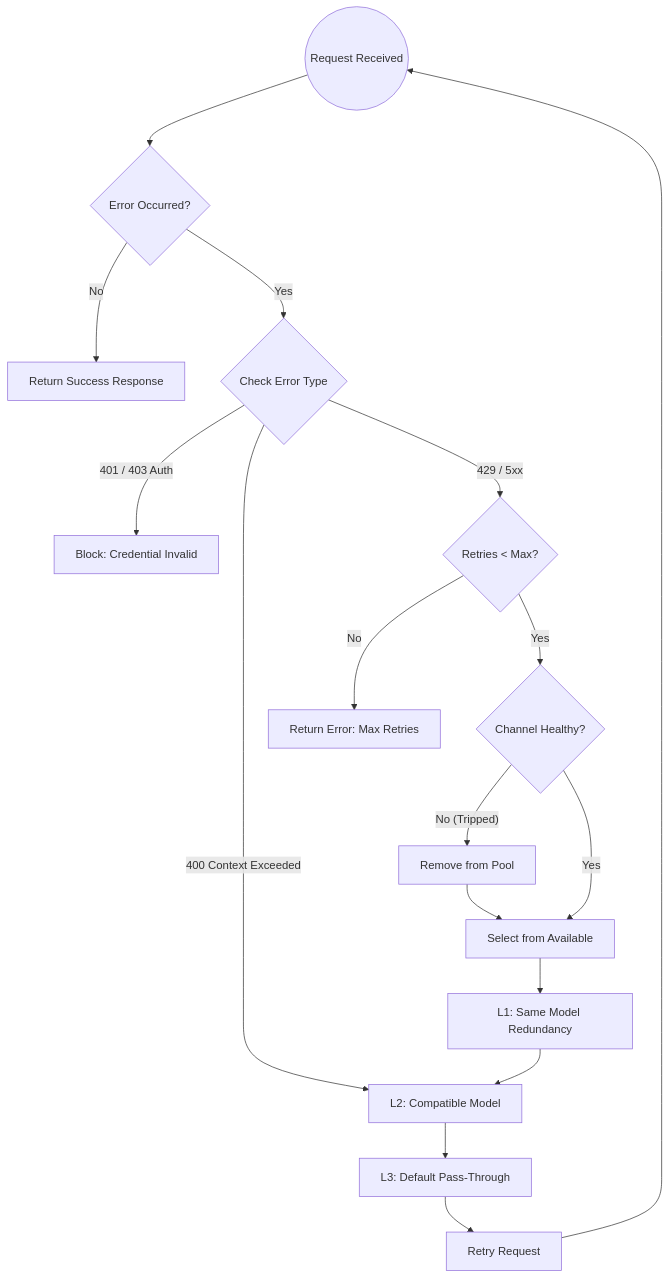
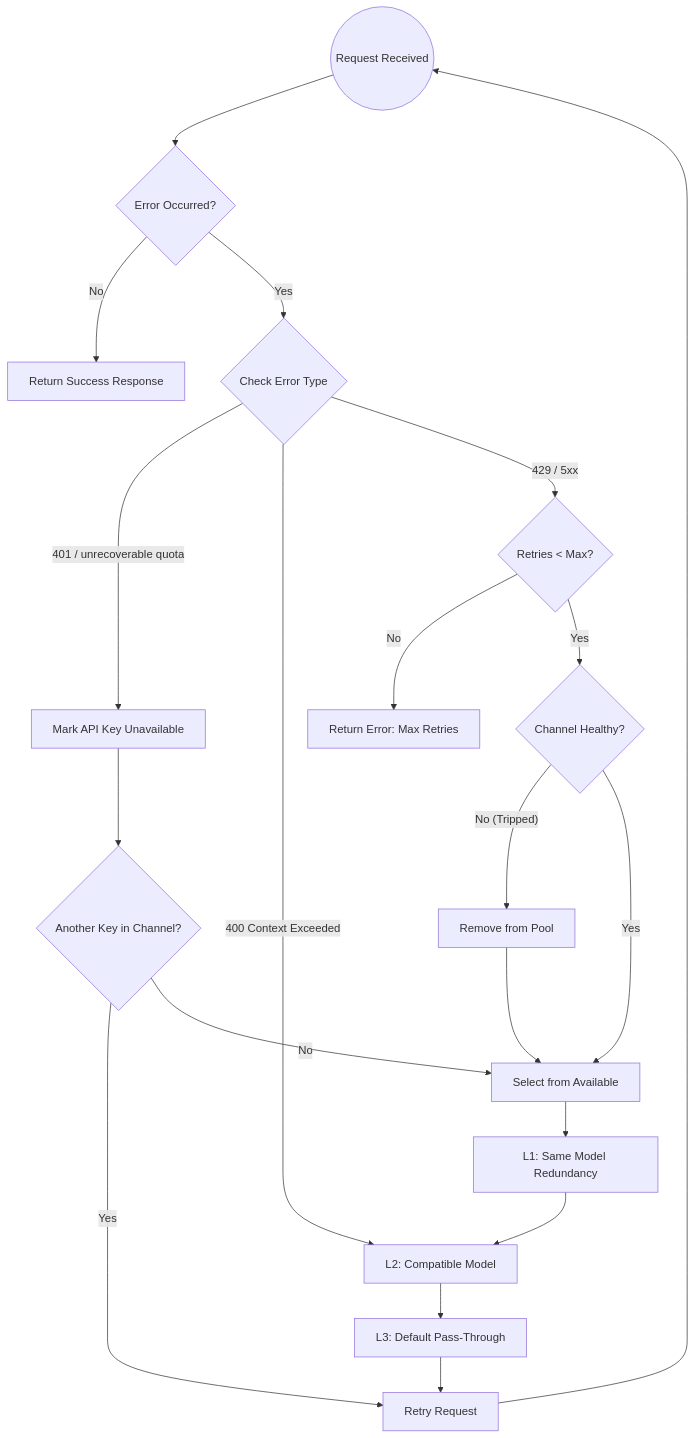
One commit to rickytan/SmartLLMRouter changed the eighth of 8 diagrams in README.md. Above: the diagram before and after it, drawn with Mermaid. The commit also changed other lines of this file and 1 other file, not shown here.

````diff
--- a/README.md
+++ b/README.md
@@ -325,27 +320,31 @@
 ```mermaid
 flowchart TD
     Start((Request Received)) --> Error{Error Occurred?}
     
     Error -- No --> Success[Return Success Response]
     Error -- Yes --> TypeCheck{Check Error Type}
     
-    TypeCheck -- "401 / 403 Auth" --> Block[Block: Credential Invalid]
+    TypeCheck -- "401 / unrecoverable quota" --> BadKey[Mark API Key Unavailable]
     TypeCheck -- "400 Context Exceeded" --> L2[L2: Compatible Model]
     TypeCheck -- "429 / 5xx" --> RetryCheck{Retries < Max?}
+
+    BadKey --> NextKey{Another Key in Channel?}
+    NextKey -- Yes --> Retry
+    NextKey -- No --> Pool
     
     RetryCheck -- No --> MaxRetries[Return Error: Max Retries]
     
     RetryCheck -- Yes --> CircuitBreaker{Channel Healthy?}
     
     CircuitBreaker -- "No (Tripped)" --> Remove[Remove from Pool]
     CircuitBreaker -- "Yes" --> Pool[Select from Available]
     
     Remove --> Pool
     
     Pool --> L1[L1: Same Model Redundancy]
     L1 --> L2
     L2 --> L3[L3: Default Pass-Through]
     L3 --> Retry[Retry Request]
     
     Retry --> Start
 ```
````
